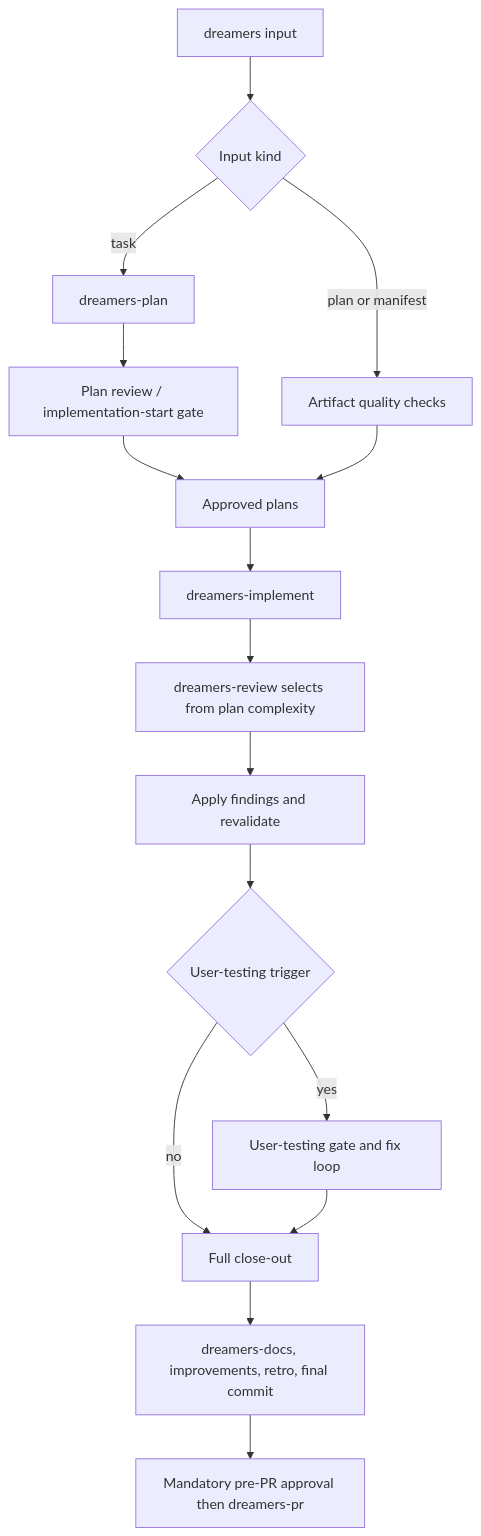
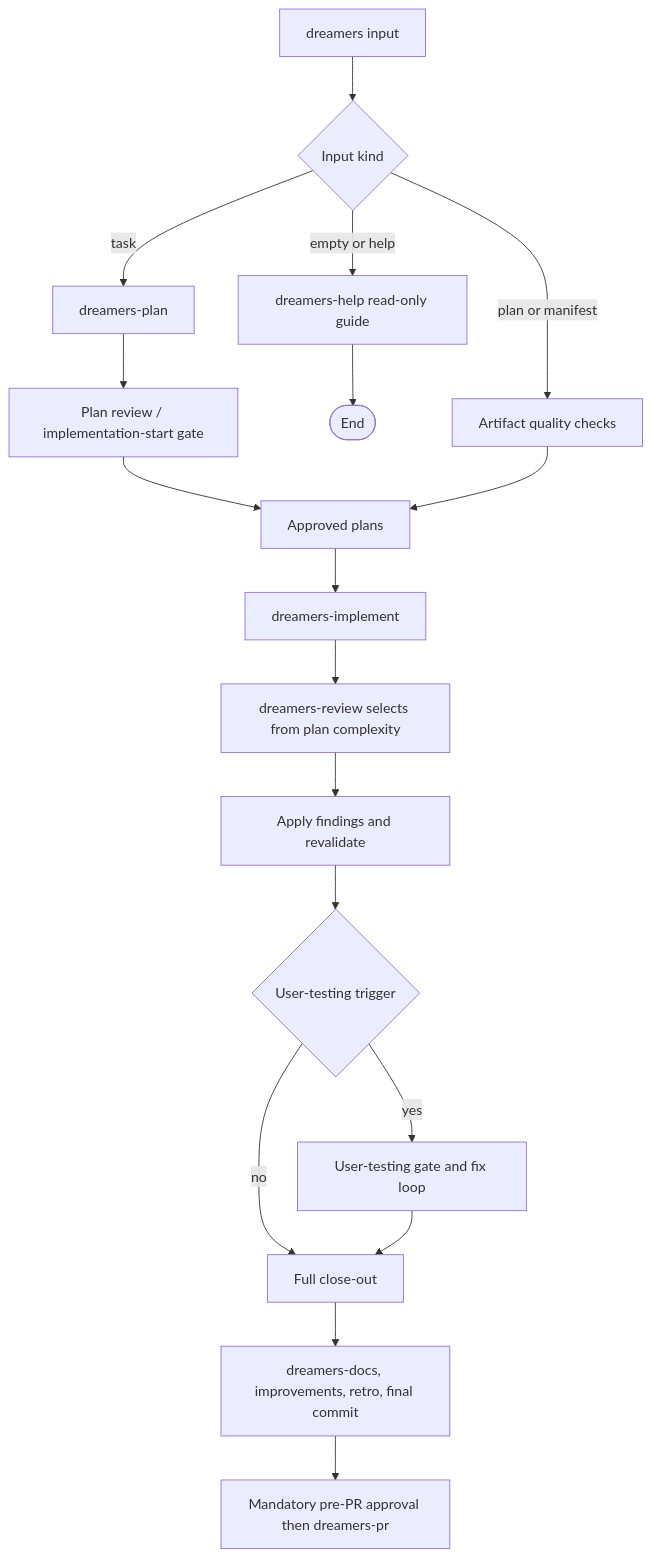
One commit to mrStorrs/dreamers-codex changed the diagram in skills/dreamers/readme.md. Above: the diagram before and after it, drawn with Mermaid. The commit also changed other lines of this file and 6 other files, not shown here.

First line of the commit message:
fix: restore dreamers help skill (#39)

```diff
--- a/skills/dreamers/readme.md
+++ b/skills/dreamers/readme.md
@@ -5,18 +5,20 @@
 ~~~mermaid
 flowchart TD
     I[dreamers input] --> R{Input kind}
+    R -->|empty or help| H[dreamers-help read-only guide]
     R -->|task| P[dreamers-plan]
     R -->|plan or manifest| Q[Artifact quality checks]
+    H --> E([End])
     P --> G[Plan review / implementation-start gate]
     G --> A[Approved plans]
     Q --> A
     A --> T[dreamers-implement]
     T --> V[dreamers-review selects from plan complexity]
     V --> X[Apply findings and revalidate]
     X --> U{User-testing trigger}
     U -->|yes| UT[User-testing gate and fix loop]
     U -->|no| C[Full close-out]
     UT --> C
     C --> D[dreamers-docs, improvements, retro, final commit]
     D --> PR[Mandatory pre-PR approval then dreamers-pr]
 ~~~
```
